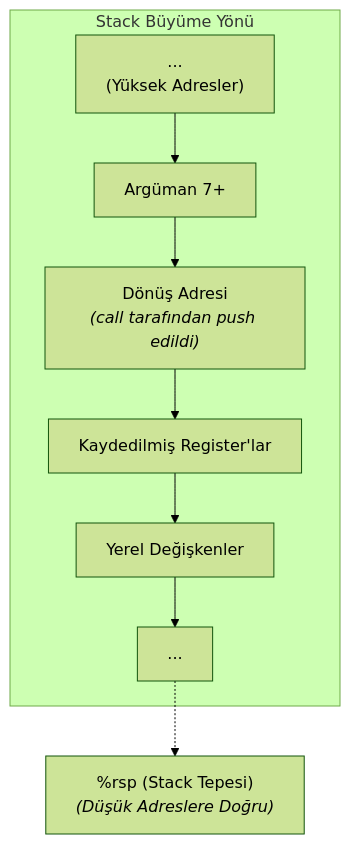
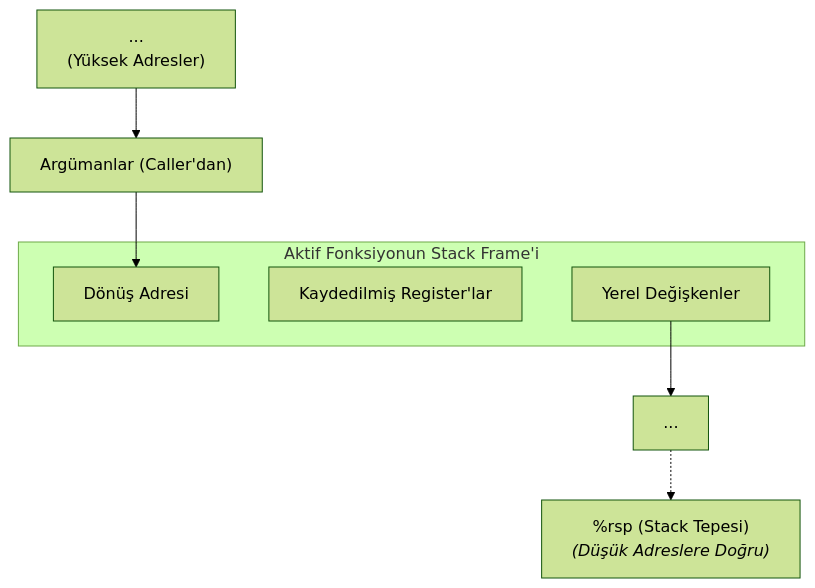
The second of 2 diagrams in system-programming/05-aritmetik-ve-kontrol-akisi.md (tozenbilek/tozenbilek.github.io), drawn with Mermaid (forest theme) before and after one commit. The commit also changed other lines of this file and 1 other file, not shown here.

Commit message:
Enhance system programming documentation by adding center-aligned divs around Mermaid diagrams for improved visual presentation. This update aims to enhance clarity and engagement for readers.

````diff
--- a/system-programming/05-aritmetik-ve-kontrol-akisi.md
+++ b/system-programming/05-aritmetik-ve-kontrol-akisi.md
@@ -102,16 +108,18 @@
 ```mermaid
 graph TD
     A["...<br>(Yüksek Adresler)"]
-    B["Argüman 7+"]
-    C["Dönüş Adresi<br><i>(call tarafından push edildi)</i>"]
-    D["Kaydedilmiş Register'lar"]
-    E["Yerel Değişkenler"]
+    B["Argümanlar (Caller'dan)"]
+    
+    subgraph "Aktif Fonksiyonun Stack Frame'i"
+        C["Dönüş Adresi"]
+        D["Kaydedilmiş Register'lar"]
+        E["Yerel Değişkenler"]
+    end
+
     F["..."]
     G["%rsp (Stack Tepesi)<br><i>(Düşük Adreslere Doğru)</i>"]
 
-    subgraph Stack Büyüme Yönü
-        A --> B --> C --> D --> E --> F
-    end
-    
+    A --> B --> C
+    E --> F
     F -.-> G
 ```
````
